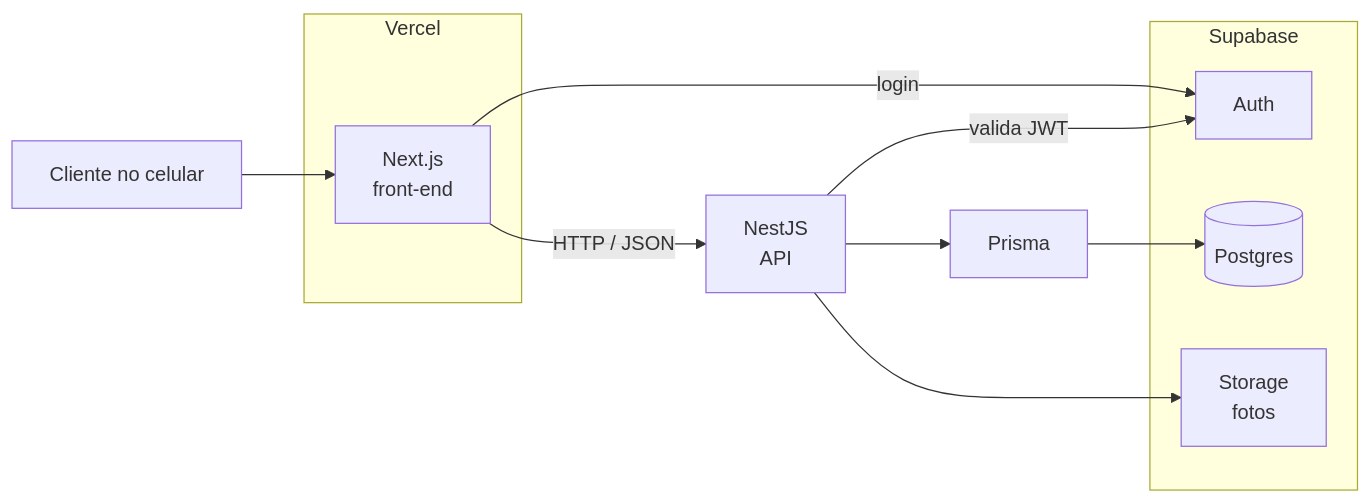
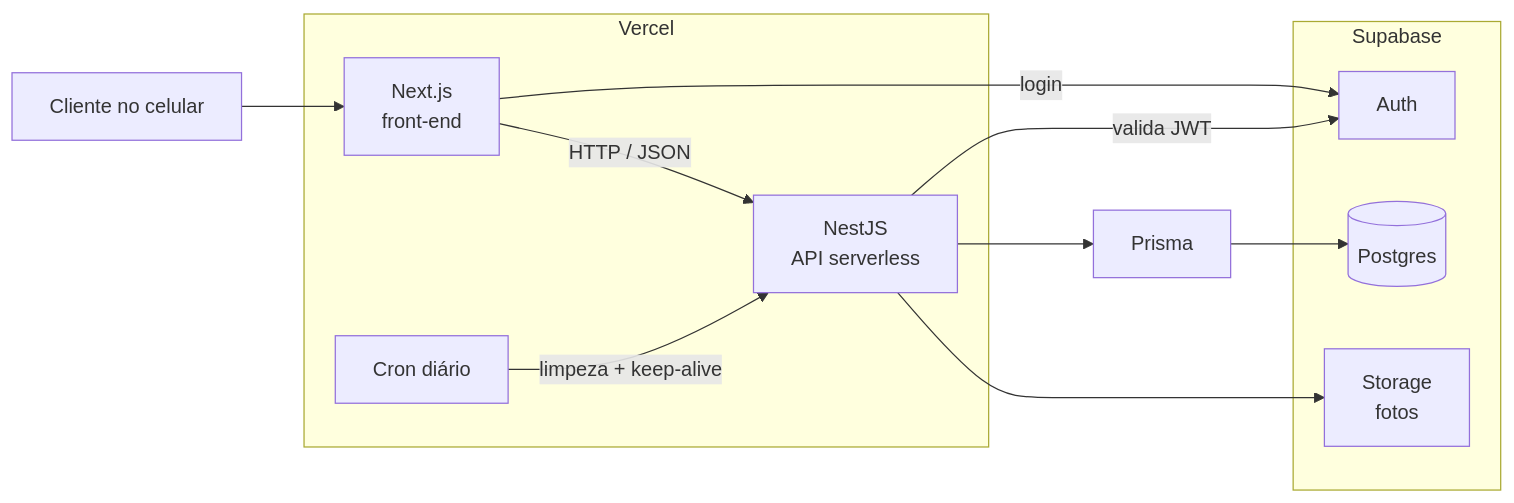
Before and after one commit to DiegoLCirqueira/Leguel-Beer: the diagram in docs/04-arquitetura/visao-geral.md, drawn with Mermaid. The commit also changed other lines of this file and 3 other files, not shown here.

````diff
--- a/docs/04-arquitetura/visao-geral.md
+++ b/docs/04-arquitetura/visao-geral.md
@@ -12,22 +12,25 @@
 ```mermaid
 flowchart LR
     U[Cliente no celular] --> W
 
     subgraph Vercel
         W[Next.js<br/>front-end]
+        A[NestJS<br/>API serverless]
+        C[Cron diário]
     end
 
-    W -->|HTTP / JSON| A[NestJS<br/>API]
+    W -->|HTTP / JSON| A
+    C -->|limpeza + keep-alive| A
     W -->|login| AUTH
 
     subgraph Supabase
         DB[(Postgres)]
         AUTH[Auth]
         ST[Storage<br/>fotos]
     end
 
     A --> P[Prisma]
     P --> DB
     A -->|valida JWT| AUTH
     A --> ST
 ```
````
